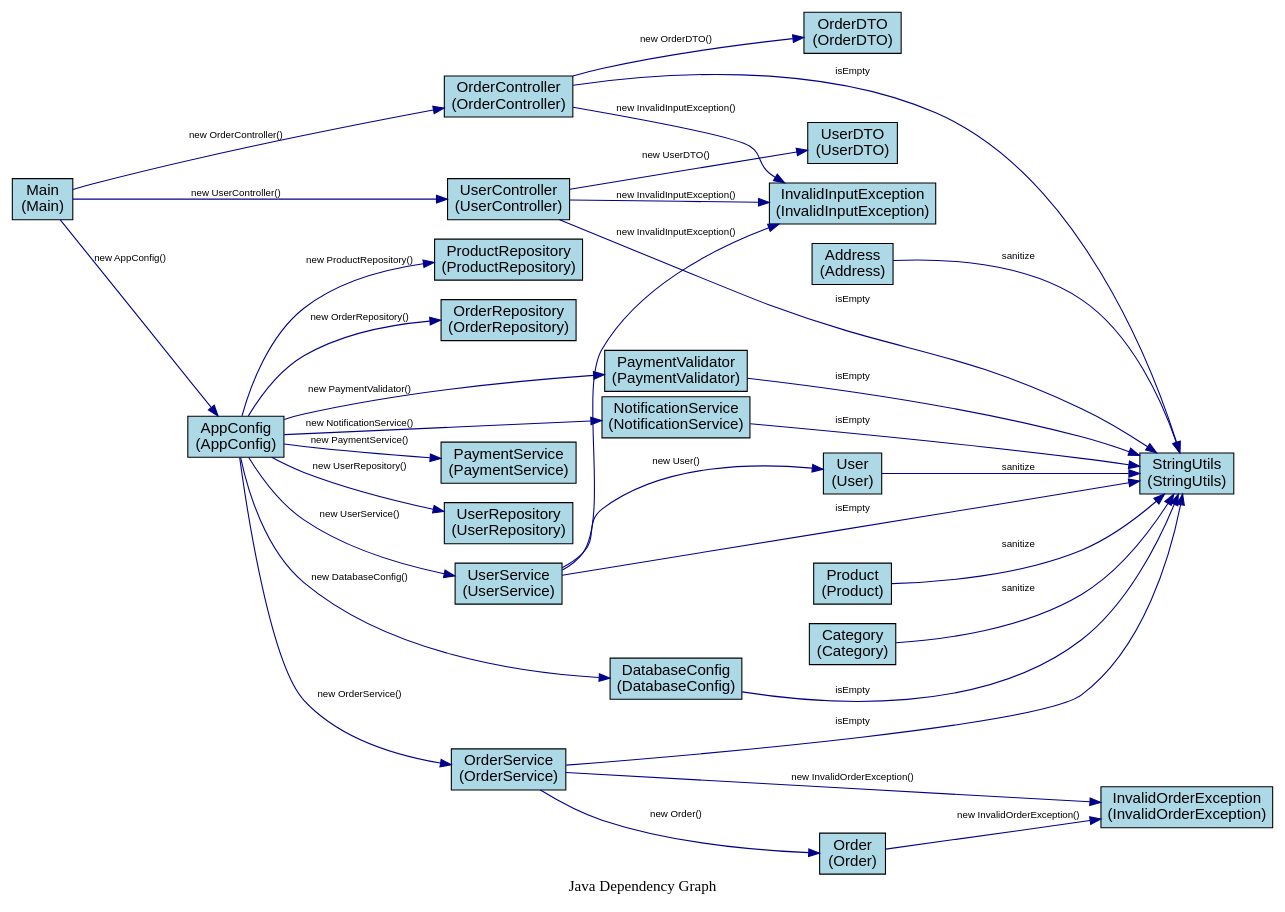
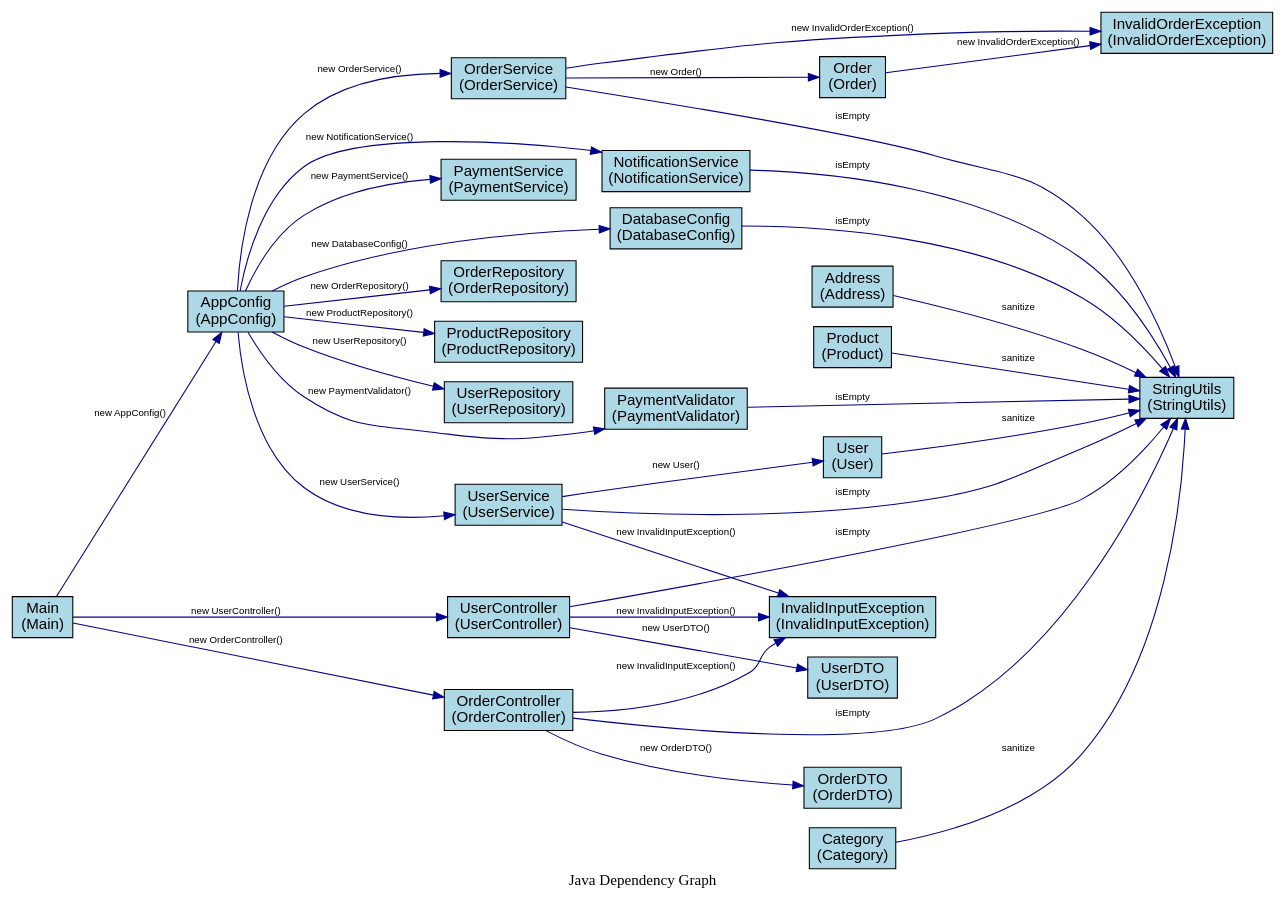
Before and after one commit to tudao164/DependGraphForJava2: the diagram in dependencies.dot, drawn with Graphviz. The commit also changed other lines of this file and 14 other files, not shown here.

```diff
--- a/dependencies.dot
+++ b/dependencies.dot
@@ -1,64 +1,64 @@
 digraph JavaDependencies {
     rankdir=LR;
     node [shape=box, style=filled, fillcolor=lightblue, fontname="Arial"];
     edge [fontname="Arial", fontsize=9, color=darkblue];
     graph [fontname="Arial Bold", fontsize=14, label="Java Dependency Graph"];
 
-    "UserController" [label="UserController\n(UserController)", URL="javascript:showNodeInfo('UserController')", fillcolor="lightblue"];
+    "UserRepository" [label="UserRepository\n(UserRepository)", URL="javascript:showNodeInfo('UserRepository')", fillcolor="lightblue"];
+    "StringUtils" [label="StringUtils\n(StringUtils)", URL="javascript:showNodeInfo('StringUtils')", fillcolor="lightblue"];
+    "UserService" [label="UserService\n(UserService)", URL="javascript:showNodeInfo('UserService')", fillcolor="lightblue"];
+    "PaymentService" [label="PaymentService\n(PaymentService)", URL="javascript:showNodeInfo('PaymentService')", fillcolor="lightblue"];
+    "NotificationService" [label="NotificationService\n(NotificationService)", URL="javascript:showNodeInfo('NotificationService')", fillcolor="lightblue"];
+    "OrderService" [label="OrderService\n(OrderService)", URL="javascript:showNodeInfo('OrderService')", fillcolor="lightblue"];
     "DatabaseConfig" [label="DatabaseConfig\n(DatabaseConfig)", URL="javascript:showNodeInfo('DatabaseConfig')", fillcolor="lightblue"];
+    "OrderRepository" [label="OrderRepository\n(OrderRepository)", URL="javascript:showNodeInfo('OrderRepository')", fillcolor="lightblue"];
+    "OrderController" [label="OrderController\n(OrderController)", URL="javascript:showNodeInfo('OrderController')", fillcolor="lightblue"];
+    "PaymentValidator" [label="PaymentValidator\n(PaymentValidator)", URL="javascript:showNodeInfo('PaymentValidator')", fillcolor="lightblue"];
     "Order" [label="Order\n(Order)", URL="javascript:showNodeInfo('Order')", fillcolor="lightblue"];
-    "UserService" [label="UserService\n(UserService)", URL="javascript:showNodeInfo('UserService')", fillcolor="lightblue"];
-    "OrderService" [label="OrderService\n(OrderService)", URL="javascript:showNodeInfo('OrderService')", fillcolor="lightblue"];
-    "Main" [label="Main\n(Main)", URL="javascript:showNodeInfo('Main')", fillcolor="lightblue"];
-    "Product" [label="Product\n(Product)", URL="javascript:showNodeInfo('Product')", fillcolor="lightblue"];
     "AppConfig" [label="AppConfig\n(AppConfig)", URL="javascript:showNodeInfo('AppConfig')", fillcolor="lightblue"];
     "Category" [label="Category\n(Category)", URL="javascript:showNodeInfo('Category')", fillcolor="lightblue"];
-    "OrderController" [label="OrderController\n(OrderController)", URL="javascript:showNodeInfo('OrderController')", fillcolor="lightblue"];
+    "OrderDTO" [label="OrderDTO\n(OrderDTO)", URL="javascript:showNodeInfo('OrderDTO')", fillcolor="lightblue"];
+    "InvalidInputException" [label="InvalidInputException\n(InvalidInputException)", URL="javascript:showNodeInfo('InvalidInputException')", fillcolor="lightblue"];
+    "Product" [label="Product\n(Product)", URL="javascript:showNodeInfo('Product')", fillcolor="lightblue"];
+    "UserDTO" [label="UserDTO\n(UserDTO)", URL="javascript:showNodeInfo('UserDTO')", fillcolor="lightblue"];
+    "UserController" [label="UserController\n(UserController)", URL="javascript:showNodeInfo('UserController')", fillcolor="lightblue"];
+    "Address" [label="Address\n(Address)", URL="javascript:showNodeInfo('Address')", fillcolor="lightblue"];
     "ProductRepository" [label="ProductRepository\n(ProductRepository)", URL="javascript:showNodeInfo('ProductRepository')", fillcolor="lightblue"];
-    "PaymentValidator" [label="PaymentValidator\n(PaymentValidator)", URL="javascript:showNodeInfo('PaymentValidator')", fillcolor="lightblue"];
-    "OrderRepository" [label="OrderRepository\n(OrderRepository)", URL="javascript:showNodeInfo('OrderRepository')", fillcolor="lightblue"];
+    "InvalidOrderException" [label="InvalidOrderException\n(InvalidOrderException)", URL="javascript:showNodeInfo('InvalidOrderException')", fillcolor="lightblue"];
+    "Main" [label="Main\n(Main)", URL="javascript:showNodeInfo('Main')", fillcolor="lightblue"];
     "User" [label="User\n(User)", URL="javascript:showNodeInfo('User')", fillcolor="lightblue"];
-    "PaymentService" [label="PaymentService\n(PaymentService)", URL="javascript:showNodeInfo('PaymentService')", fillcolor="lightblue"];
-    "NotificationService" [label="NotificationService\n(NotificationService)", URL="javascript:showNodeInfo('NotificationService')", fillcolor="lightblue"];
-    "UserDTO" [label="UserDTO\n(UserDTO)", URL="javascript:showNodeInfo('UserDTO')", fillcolor="lightblue"];
-    "Address" [label="Address\n(Address)", URL="javascript:showNodeInfo('Address')", fillcolor="lightblue"];
-    "UserRepository" [label="UserRepository\n(UserRepository)", URL="javascript:showNodeInfo('UserRepository')", fillcolor="lightblue"];
-    "OrderDTO" [label="OrderDTO\n(OrderDTO)", URL="javascript:showNodeInfo('OrderDTO')", fillcolor="lightblue"];
-    "InvalidOrderException" [label="InvalidOrderException\n(InvalidOrderException)", URL="javascript:showNodeInfo('InvalidOrderException')", fillcolor="lightblue"];
-    "InvalidInputException" [label="InvalidInputException\n(InvalidInputException)", URL="javascript:showNodeInfo('InvalidInputException')", fillcolor="lightblue"];
-    "StringUtils" [label="StringUtils\n(StringUtils)", URL="javascript:showNodeInfo('StringUtils')", fillcolor="lightblue"];
 
     // Dependencies with method calls
     "Main" -> "AppConfig" [label="new AppConfig()", URL="javascript:showEdgeInfo('Main', 'AppConfig')"];
     "Main" -> "UserController" [label="new UserController()", URL="javascript:showEdgeInfo('Main', 'UserController')"];
     "Main" -> "OrderController" [label="new OrderController()", URL="javascript:showEdgeInfo('Main', 'OrderController')"];
     "OrderController" -> "StringUtils" [label="isEmpty", URL="javascript:showEdgeInfo('OrderController', 'StringUtils')"];
     "OrderController" -> "InvalidInputException" [label="new InvalidInputException()", URL="javascript:showEdgeInfo('OrderController', 'InvalidInputException')"];
     "OrderController" -> "OrderDTO" [label="new OrderDTO()", URL="javascript:showEdgeInfo('OrderController', 'OrderDTO')"];
     "UserController" -> "StringUtils" [label="isEmpty", URL="javascript:showEdgeInfo('UserController', 'StringUtils')"];
     "UserController" -> "InvalidInputException" [label="new InvalidInputException()", URL="javascript:showEdgeInfo('UserController', 'InvalidInputException')"];
     "UserController" -> "UserDTO" [label="new UserDTO()", URL="javascript:showEdgeInfo('UserController', 'UserDTO')"];
     "Address" -> "StringUtils" [label="sanitize", URL="javascript:showEdgeInfo('Address', 'StringUtils')"];
     "Category" -> "StringUtils" [label="sanitize", URL="javascript:showEdgeInfo('Category', 'StringUtils')"];
     "Order" -> "InvalidOrderException" [label="new InvalidOrderException()", URL="javascript:showEdgeInfo('Order', 'InvalidOrderException')"];
     "Product" -> "StringUtils" [label="sanitize", URL="javascript:showEdgeInfo('Product', 'StringUtils')"];
     "User" -> "StringUtils" [label="sanitize", URL="javascript:showEdgeInfo('User', 'StringUtils')"];
     "NotificationService" -> "StringUtils" [label="isEmpty", URL="javascript:showEdgeInfo('NotificationService', 'StringUtils')"];
     "OrderService" -> "StringUtils" [label="isEmpty", URL="javascript:showEdgeInfo('OrderService', 'StringUtils')"];
     "OrderService" -> "InvalidOrderException" [label="new InvalidOrderException()", URL="javascript:showEdgeInfo('OrderService', 'InvalidOrderException')"];
     "OrderService" -> "Order" [label="new Order()", URL="javascript:showEdgeInfo('OrderService', 'Order')"];
     "UserService" -> "StringUtils" [label="isEmpty", URL="javascript:showEdgeInfo('UserService', 'StringUtils')"];
     "UserService" -> "InvalidInputException" [label="new InvalidInputException()", URL="javascript:showEdgeInfo('UserService', 'InvalidInputException')"];
     "UserService" -> "User" [label="new User()", URL="javascript:showEdgeInfo('UserService', 'User')"];
     "AppConfig" -> "DatabaseConfig" [label="new DatabaseConfig()", URL="javascript:showEdgeInfo('AppConfig', 'DatabaseConfig')"];
     "AppConfig" -> "UserRepository" [label="new UserRepository()", URL="javascript:showEdgeInfo('AppConfig', 'UserRepository')"];
     "AppConfig" -> "OrderRepository" [label="new OrderRepository()", URL="javascript:showEdgeInfo('AppConfig', 'OrderRepository')"];
     "AppConfig" -> "ProductRepository" [label="new ProductRepository()", URL="javascript:showEdgeInfo('AppConfig', 'ProductRepository')"];
     "AppConfig" -> "NotificationService" [label="new NotificationService()", URL="javascript:showEdgeInfo('AppConfig', 'NotificationService')"];
     "AppConfig" -> "PaymentService" [label="new PaymentService()", URL="javascript:showEdgeInfo('AppConfig', 'PaymentService')"];
     "AppConfig" -> "PaymentValidator" [label="new PaymentValidator()", URL="javascript:showEdgeInfo('AppConfig', 'PaymentValidator')"];
     "AppConfig" -> "UserService" [label="new UserService()", URL="javascript:showEdgeInfo('AppConfig', 'UserService')"];
     "AppConfig" -> "OrderService" [label="new OrderService()", URL="javascript:showEdgeInfo('AppConfig', 'OrderService')"];
     "DatabaseConfig" -> "StringUtils" [label="isEmpty", URL="javascript:showEdgeInfo('DatabaseConfig', 'StringUtils')"];
     "PaymentValidator" -> "StringUtils" [label="isEmpty", URL="javascript:showEdgeInfo('PaymentValidator', 'StringUtils')"];
 }
```
